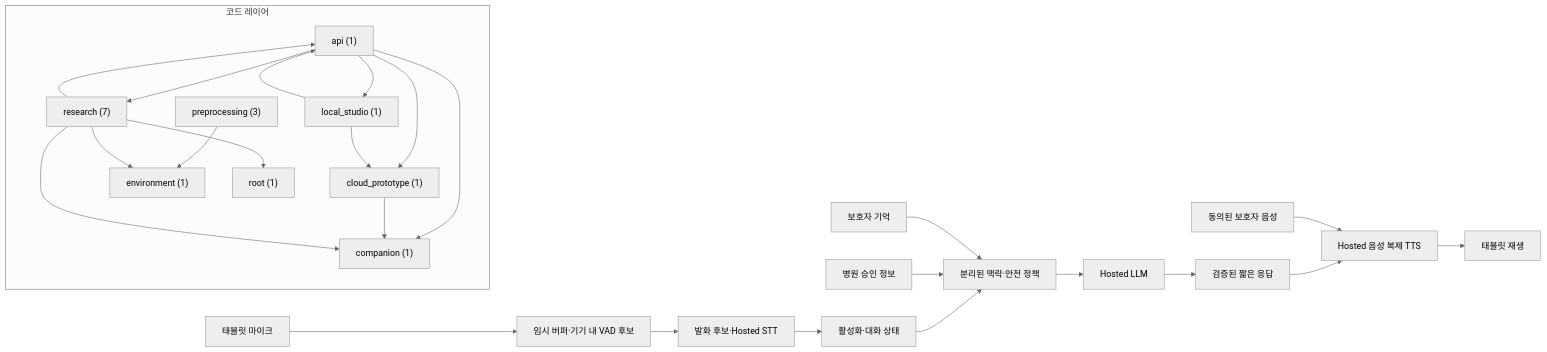
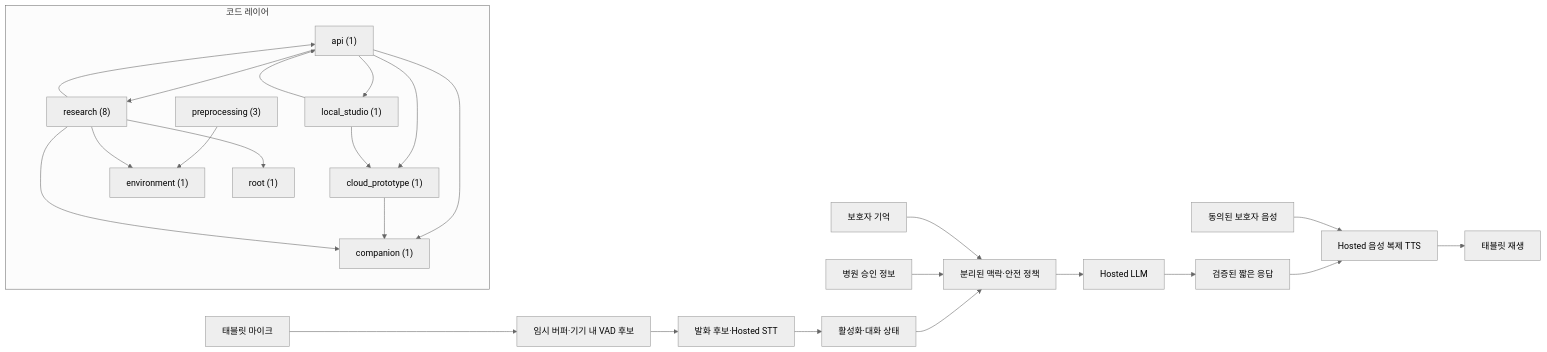
Before and after one commit to GracieRho/KoF5-TTS-delirium: the diagram in architecture/generated/project-map.mmd, drawn with Mermaid (neutral theme). The commit also changed 6 other files, not shown here.

```diff
--- a/architecture/generated/project-map.mmd
+++ b/architecture/generated/project-map.mmd
@@ -1,35 +1,35 @@
 flowchart LR
   mic["태블릿 마이크"] --> vad["임시 버퍼·기기 내 VAD 후보"]
   vad --> stt["발화 후보·Hosted STT"]
   stt --> activation["활성화·대화 상태"]
   family["보호자 기억"] --> context["분리된 맥락·안전 정책"]
   hospital["병원 승인 정보"] --> context
   activation --> context
   context --> llm["Hosted LLM"]
   llm --> response["검증된 짧은 응답"]
   guardian["동의된 보호자 음성"] --> voice["Hosted 음성 복제 TTS"]
   response --> voice
   voice --> tablet["태블릿 재생"]
 
   subgraph code["코드 레이어"]
     layer_api["api (1)"]
     layer_cloud_prototype["cloud_prototype (1)"]
     layer_companion["companion (1)"]
     layer_environment["environment (1)"]
     layer_local_studio["local_studio (1)"]
     layer_preprocessing["preprocessing (3)"]
-    layer_research["research (7)"]
+    layer_research["research (8)"]
     layer_root["root (1)"]
     layer_api --> layer_cloud_prototype
     layer_api --> layer_companion
     layer_api --> layer_local_studio
     layer_api --> layer_research
     layer_cloud_prototype --> layer_companion
     layer_local_studio --> layer_api
     layer_local_studio --> layer_cloud_prototype
     layer_preprocessing --> layer_environment
     layer_research --> layer_api
     layer_research --> layer_companion
     layer_research --> layer_environment
     layer_research --> layer_root
   end
```
